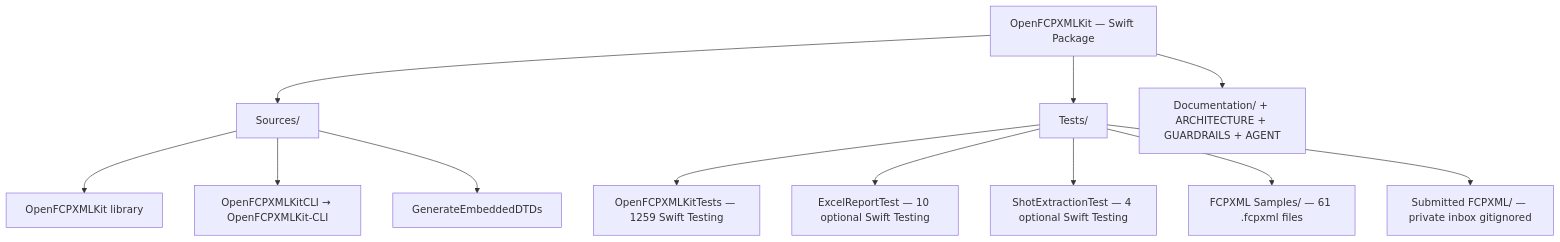
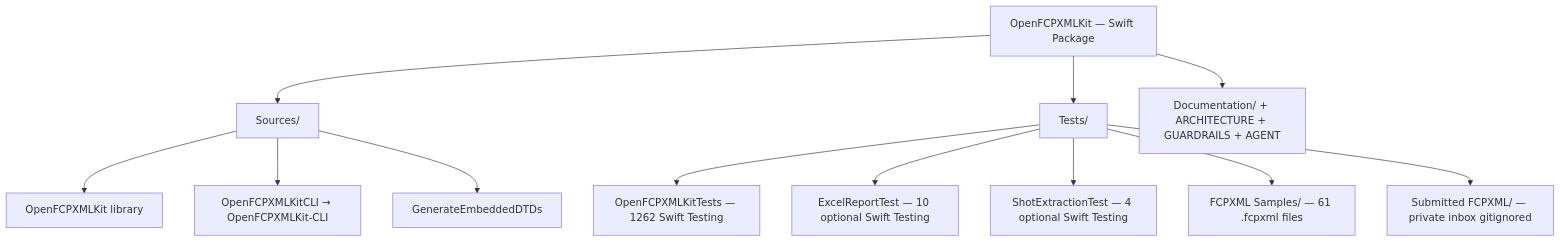
One commit to TheAcharya/OpenFCPXMLKit changed the first of 6 diagrams in ARCHITECTURE.md. Above: the diagram before and after it, drawn with Mermaid. The commit also changed other lines of this file and 28 other files, not shown here.

````diff
--- a/ARCHITECTURE.md
+++ b/ARCHITECTURE.md
@@ -261,18 +261,18 @@
 ```mermaid
 flowchart TB
     Pkg["OpenFCPXMLKit — Swift Package"]
 
     Pkg --> SRC["Sources/"]
     Pkg --> TST["Tests/"]
     Pkg --> DOC["Documentation/ + ARCHITECTURE + GUARDRAILS + AGENT"]
 
     SRC --> LIB["OpenFCPXMLKit library"]
     SRC --> CLI["OpenFCPXMLKitCLI → OpenFCPXMLKit-CLI"]
     SRC --> GEN["GenerateEmbeddedDTDs"]
 
-    TST --> OKT["OpenFCPXMLKitTests — 1259 Swift Testing"]
+    TST --> OKT["OpenFCPXMLKitTests — 1262 Swift Testing"]
     TST --> ERT["ExcelReportTest — 10 optional Swift Testing"]
     TST --> SET["ShotExtractionTest — 4 optional Swift Testing"]
     TST --> SMP["FCPXML Samples/ — 61 .fcpxml files"]
     TST --> SUB["Submitted FCPXML/ — private inbox gitignored"]
 ```
````
